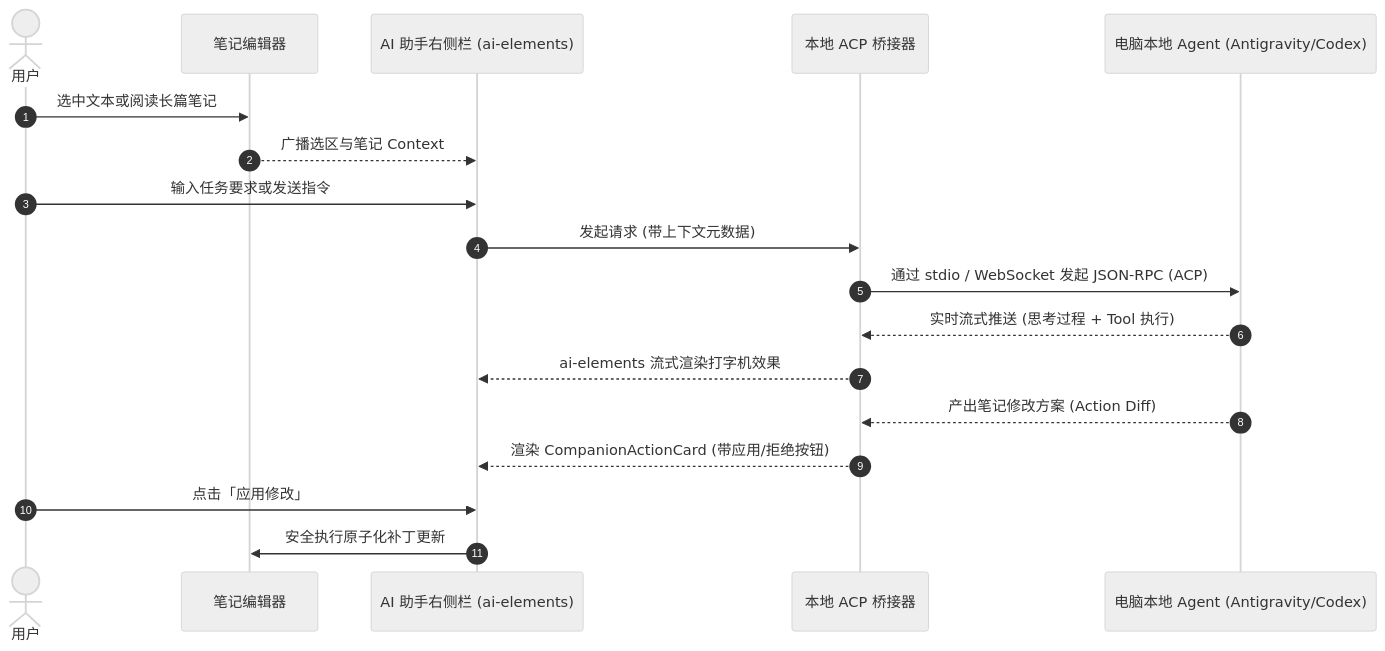
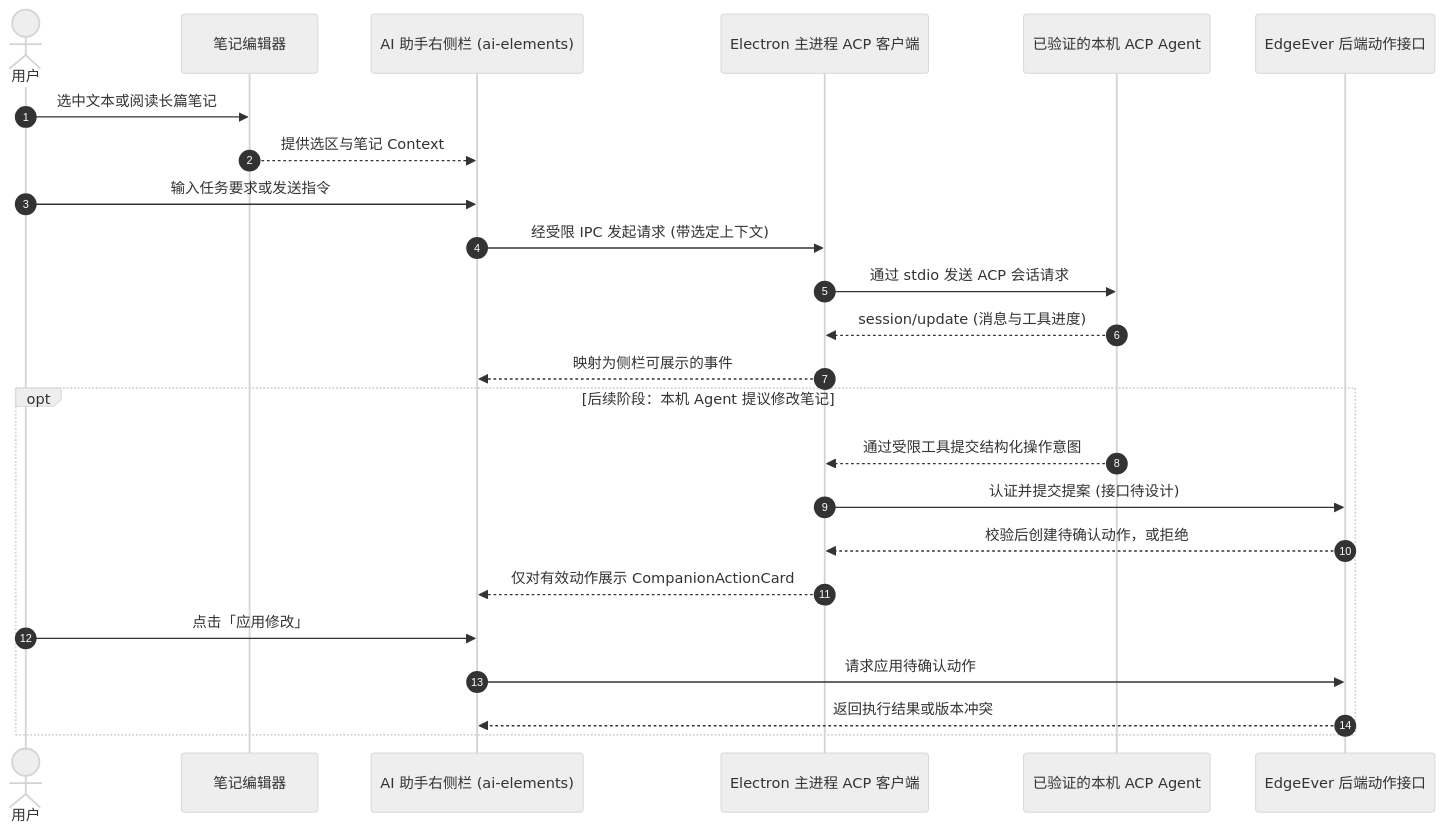
The second of 2 diagrams in docs/ai-assistant-redesign-plan.zh-CN.md (1092214362/edgeever), drawn with Mermaid (neutral theme) before and after one commit. The commit also changed other lines of this file, not shown here.

````diff
--- a/docs/ai-assistant-redesign-plan.zh-CN.md
+++ b/docs/ai-assistant-redesign-plan.zh-CN.md
@@ -149,21 +139,27 @@
 ```mermaid
 sequenceDiagram
     autonumber
     actor User as 用户
     participant Editor as 笔记编辑器
     participant Sidebar as AI 助手右侧栏 (ai-elements)
-    participant Client as 本地 ACP 桥接器
-    participant Agent as 电脑本地 Agent (Antigravity/Codex)
+    participant Client as Electron 主进程 ACP 客户端
+    participant Agent as 已验证的本机 ACP Agent
+    participant API as EdgeEver 后端动作接口
 
     User->>Editor: 选中文本或阅读长篇笔记
-    Editor-->>Sidebar: 广播选区与笔记 Context
+    Editor-->>Sidebar: 提供选区与笔记 Context
     User->>Sidebar: 输入任务要求或发送指令
-    Sidebar->>Client: 发起请求 (带上下文元数据)
-    Client->>Agent: 通过 stdio / WebSocket 发起 JSON-RPC (ACP)
-    Agent-->>Client: 实时流式推送 (思考过程 + Tool 执行)
-    Client-->>Sidebar: ai-elements 流式渲染打字机效果
-    Agent-->>Client: 产出笔记修改方案 (Action Diff)
-    Client-->>Sidebar: 渲染 CompanionActionCard (带应用/拒绝按钮)
-    User->>Sidebar: 点击「应用修改」
-    Sidebar->>Editor: 安全执行原子化补丁更新
+    Sidebar->>Client: 经受限 IPC 发起请求 (带选定上下文)
+    Client->>Agent: 通过 stdio 发送 ACP 会话请求
+    Agent-->>Client: session/update (消息与工具进度)
+    Client-->>Sidebar: 映射为侧栏可展示的事件
+    opt 后续阶段：本机 Agent 提议修改笔记
+        Agent-->>Client: 通过受限工具提交结构化操作意图
+        Client->>API: 认证并提交提案 (接口待设计)
+        API-->>Client: 校验后创建待确认动作，或拒绝
+        Client-->>Sidebar: 仅对有效动作展示 CompanionActionCard
+        User->>Sidebar: 点击「应用修改」
+        Sidebar->>API: 请求应用待确认动作
+        API-->>Sidebar: 返回执行结果或版本冲突
+    end
 ```
````
